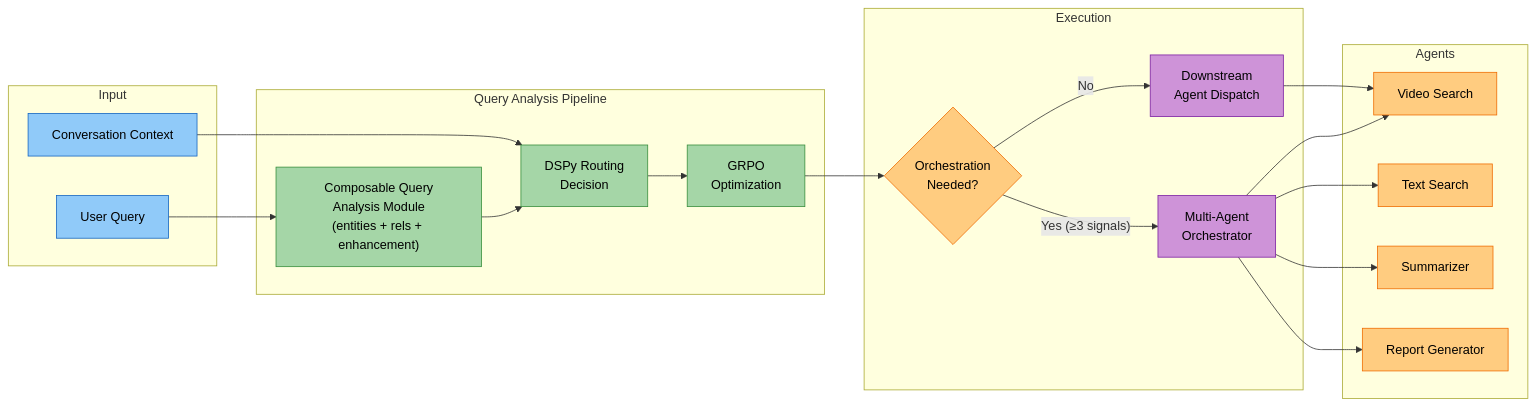
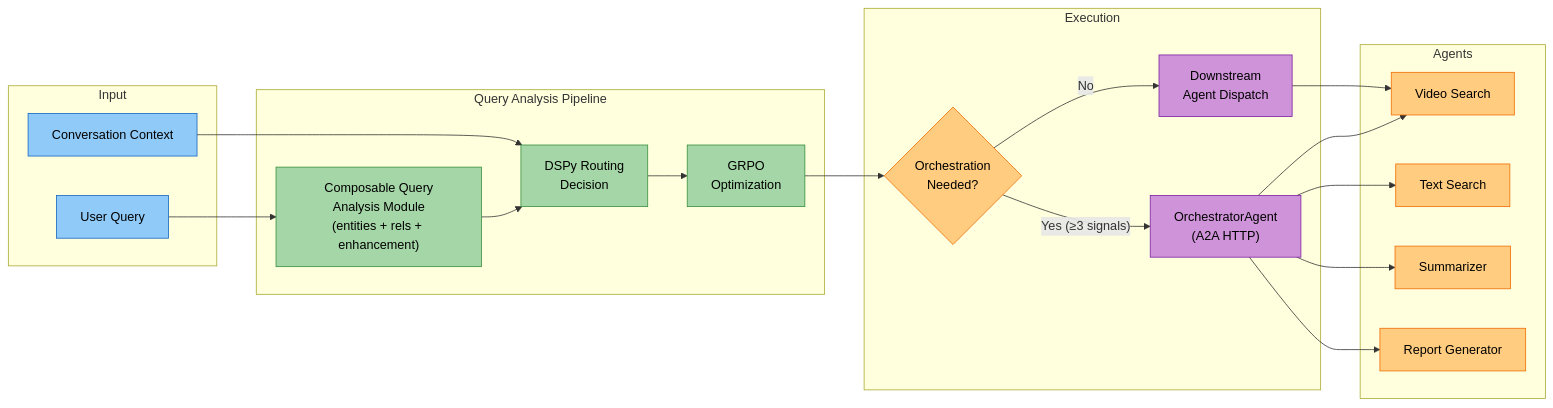
Before and after one commit to amit-jain/cogniverse: the first of 5 diagrams in docs/architecture/intelligent-query-routing.md, drawn with Mermaid. The commit also changed other lines of this file and 6 other files, not shown here.

Commit message:
Update documentation for A2A architecture — fix deleted class references

````diff
--- a/docs/architecture/intelligent-query-routing.md
+++ b/docs/architecture/intelligent-query-routing.md
@@ -19,47 +19,47 @@
 ```mermaid
 graph LR
     subgraph Input
         Q["<span style='color:#000'>User Query</span>"]
         CTX["<span style='color:#000'>Conversation Context</span>"]
     end
 
     subgraph "Query Analysis Pipeline"
         CQA["<span style='color:#000'>Composable Query<br/>Analysis Module<br/>(entities + rels + enhancement)</span>"]
         DSPy["<span style='color:#000'>DSPy Routing<br/>Decision</span>"]
         GRPO["<span style='color:#000'>GRPO<br/>Optimization</span>"]
     end
 
     subgraph "Execution"
         OD{"<span style='color:#000'>Orchestration<br/>Needed?</span>"}
         DDA["<span style='color:#000'>Downstream<br/>Agent Dispatch</span>"]
-        MAO["<span style='color:#000'>Multi-Agent<br/>Orchestrator</span>"]
+        MAO["<span style='color:#000'>OrchestratorAgent<br/>(A2A HTTP)</span>"]
     end
 
     subgraph "Agents"
         VS["<span style='color:#000'>Video Search</span>"]
         TS["<span style='color:#000'>Text Search</span>"]
         SUM["<span style='color:#000'>Summarizer</span>"]
         RPT["<span style='color:#000'>Report Generator</span>"]
     end
 
     Q --> CQA
     CTX --> DSPy
     CQA --> DSPy --> GRPO
     GRPO --> OD
     OD -- "No" --> DDA --> VS
     OD -- "Yes (≥3 signals)" --> MAO
     MAO --> VS & TS & SUM & RPT
 
     style Q fill:#90caf9,stroke:#1565c0,color:#000
     style CTX fill:#90caf9,stroke:#1565c0,color:#000
     style CQA fill:#a5d6a7,stroke:#388e3c,color:#000
     style DSPy fill:#a5d6a7,stroke:#388e3c,color:#000
     style GRPO fill:#a5d6a7,stroke:#388e3c,color:#000
     style OD fill:#ffcc80,stroke:#ef6c00,color:#000
     style DDA fill:#ce93d8,stroke:#7b1fa2,color:#000
     style MAO fill:#ce93d8,stroke:#7b1fa2,color:#000
     style VS fill:#ffcc80,stroke:#ef6c00,color:#000
     style TS fill:#ffcc80,stroke:#ef6c00,color:#000
     style SUM fill:#ffcc80,stroke:#ef6c00,color:#000
     style RPT fill:#ffcc80,stroke:#ef6c00,color:#000
 ```
````
